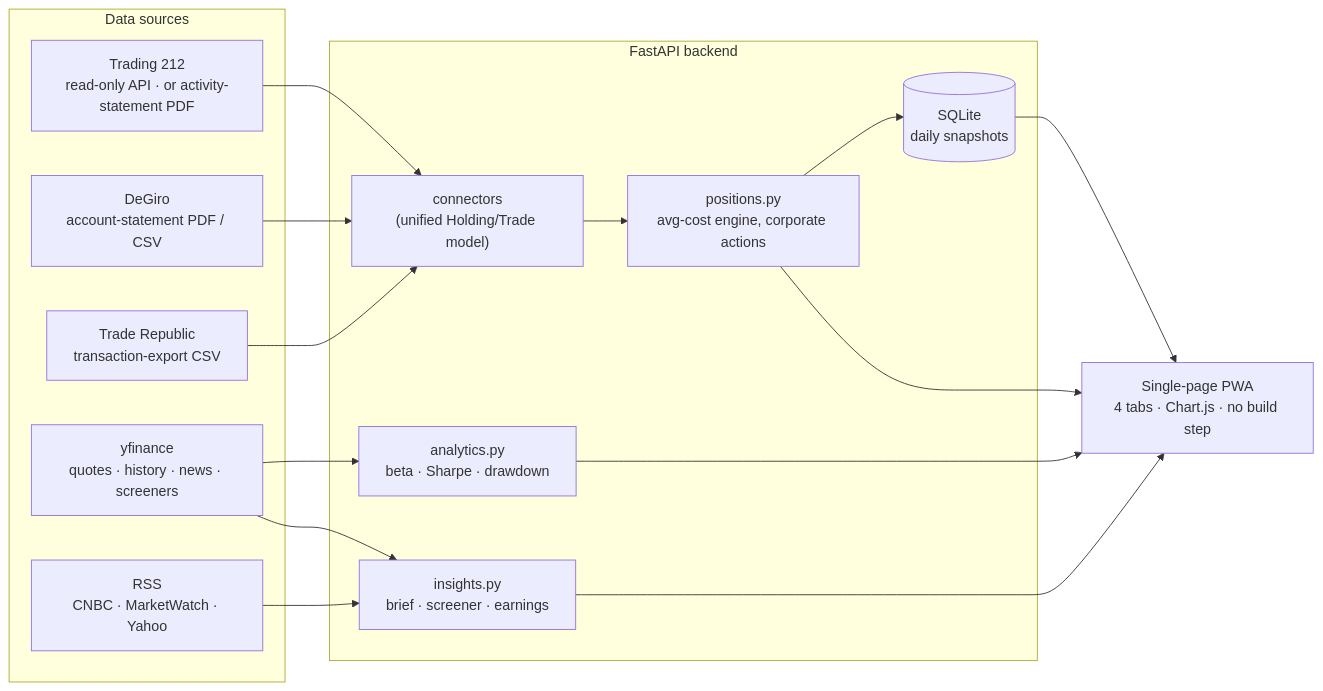
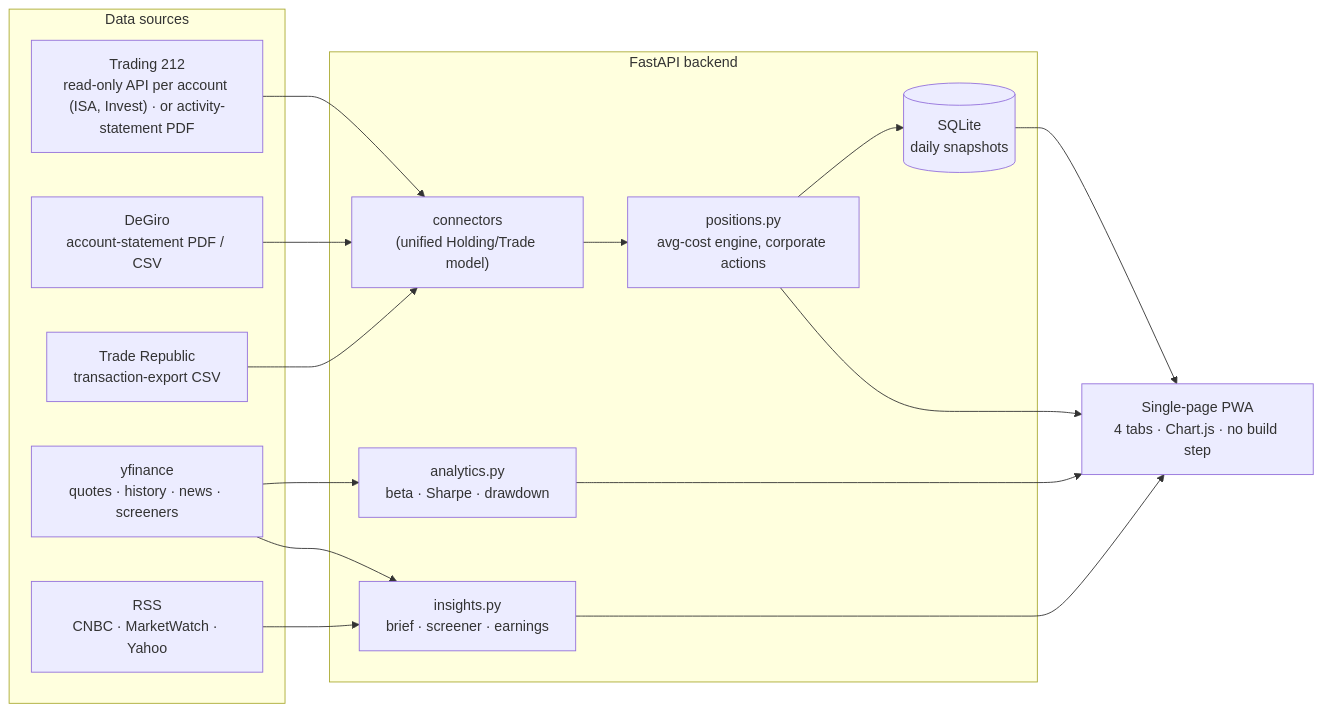
The diagram in README.md (GidonPeeper/stock-overview), drawn with Mermaid before and after one commit. The commit also changed other lines of this file and 27 other files, not shown here.

First line of the commit message:
UK update: Trading 212 ISA + Invest accounts, £/€ switch, UK tax-year card

````diff
--- a/README.md
+++ b/README.md
@@ -42,24 +45,24 @@
 ```mermaid
 flowchart LR
     subgraph Brokers["Data sources"]
-        T212["Trading 212<br/>read-only API · or activity-statement PDF"]
+        T212["Trading 212<br/>read-only API per account (ISA, Invest) · or activity-statement PDF"]
         DG["DeGiro<br/>account-statement PDF / CSV"]
         TR["Trade Republic<br/>transaction-export CSV"]
         YF["yfinance<br/>quotes · history · news · screeners"]
         RSS["RSS<br/>CNBC · MarketWatch · Yahoo"]
     end
     subgraph Backend["FastAPI backend"]
         CON["connectors<br/>(unified Holding/Trade model)"]
         POS["positions.py<br/>avg-cost engine, corporate actions"]
         ANA["analytics.py<br/>beta · Sharpe · drawdown"]
         INS["insights.py<br/>brief · screener · earnings"]
         DB[("SQLite<br/>daily snapshots")]
     end
     UI["Single-page PWA<br/>4 tabs · Chart.js · no build step"]
     T212 --> CON --> POS --> DB
     DG --> CON
     TR --> CON
     YF --> ANA & INS
     RSS --> INS
     POS & ANA & INS & DB --> UI
 ```
````
